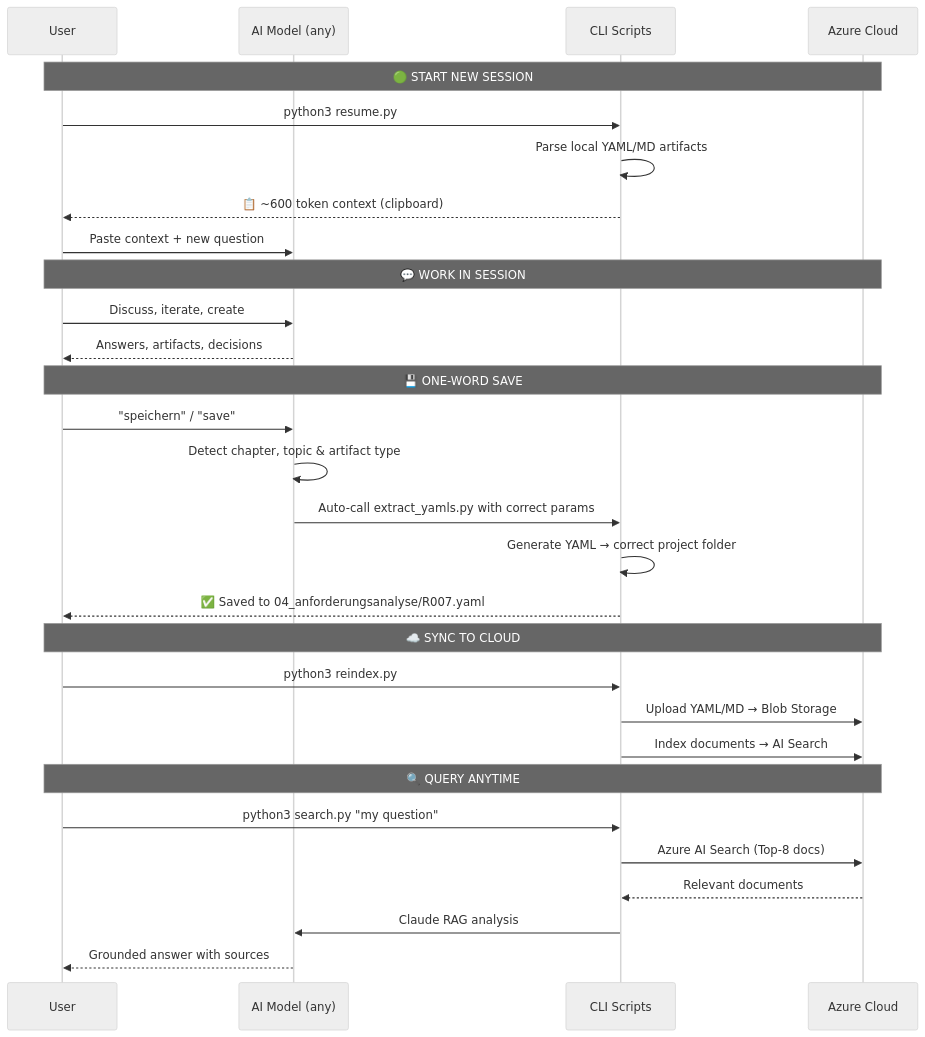
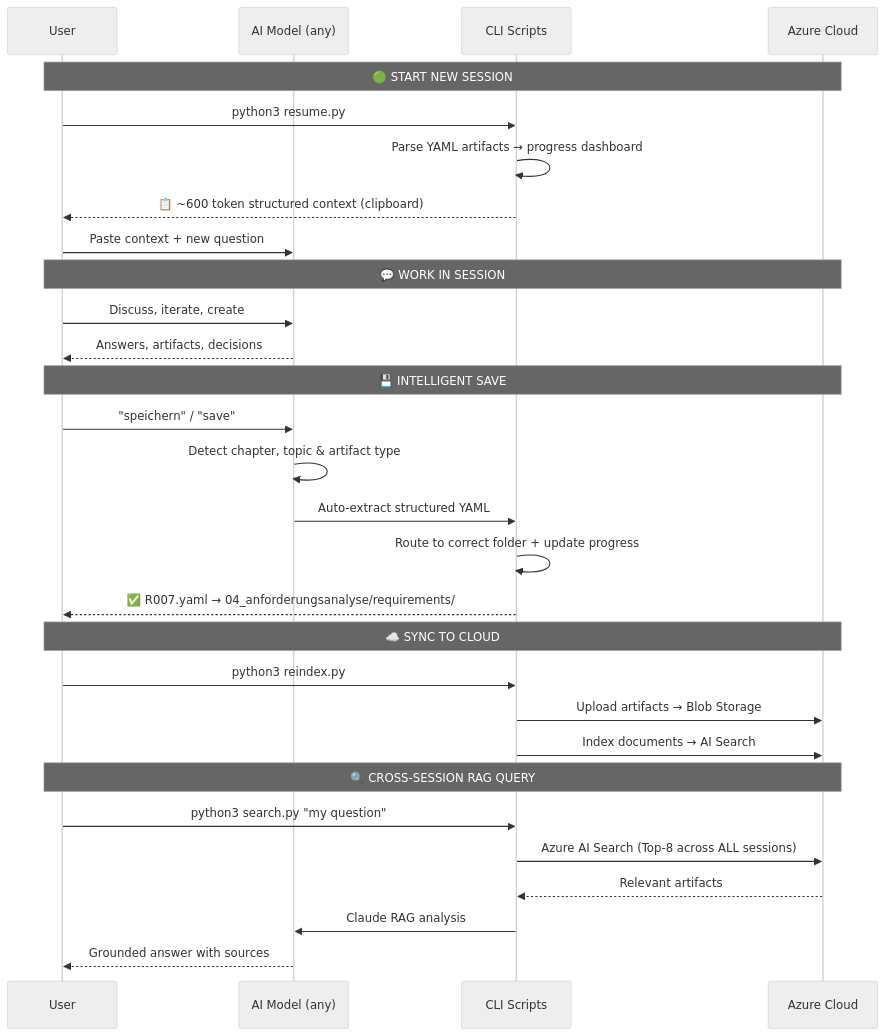
Before and after one commit to MustDemir/ai-context-vault: the third of 3 diagrams in README.md, drawn with Mermaid (neutral theme). The commit also changed other lines of this file, not shown here.

````diff
--- a/README.md
+++ b/README.md
@@ -135,36 +144,36 @@
 ```mermaid
 sequenceDiagram
     participant User
     participant AI as AI Model (any)
     participant Scripts as CLI Scripts
     participant Azure as Azure Cloud
 
     Note over User,Azure: 🟢 START NEW SESSION
     User->>Scripts: python3 resume.py
-    Scripts->>Scripts: Parse local YAML/MD artifacts
-    Scripts-->>User: 📋 ~600 token context (clipboard)
+    Scripts->>Scripts: Parse YAML artifacts → progress dashboard
+    Scripts-->>User: 📋 ~600 token structured context (clipboard)
     User->>AI: Paste context + new question
 
     Note over User,Azure: 💬 WORK IN SESSION
     User->>AI: Discuss, iterate, create
     AI-->>User: Answers, artifacts, decisions
 
-    Note over User,Azure: 💾 ONE-WORD SAVE
+    Note over User,Azure: 💾 INTELLIGENT SAVE
     User->>AI: "speichern" / "save"
     AI->>AI: Detect chapter, topic & artifact type
-    AI->>Scripts: Auto-call extract_yamls.py with correct params
-    Scripts->>Scripts: Generate YAML → correct project folder
-    Scripts-->>User: ✅ Saved to 04_anforderungsanalyse/R007.yaml
+    AI->>Scripts: Auto-extract structured YAML
+    Scripts->>Scripts: Route to correct folder + update progress
+    Scripts-->>User: ✅ R007.yaml → 04_anforderungsanalyse/requirements/
 
     Note over User,Azure: ☁️ SYNC TO CLOUD
     User->>Scripts: python3 reindex.py
-    Scripts->>Azure: Upload YAML/MD → Blob Storage
+    Scripts->>Azure: Upload artifacts → Blob Storage
     Scripts->>Azure: Index documents → AI Search
 
-    Note over User,Azure: 🔍 QUERY ANYTIME
+    Note over User,Azure: 🔍 CROSS-SESSION RAG QUERY
     User->>Scripts: python3 search.py "my question"
-    Scripts->>Azure: Azure AI Search (Top-8 docs)
-    Azure-->>Scripts: Relevant documents
+    Scripts->>Azure: Azure AI Search (Top-8 across ALL sessions)
+    Azure-->>Scripts: Relevant artifacts
     Scripts->>AI: Claude RAG analysis
     AI-->>User: Grounded answer with sources
 ```
````
